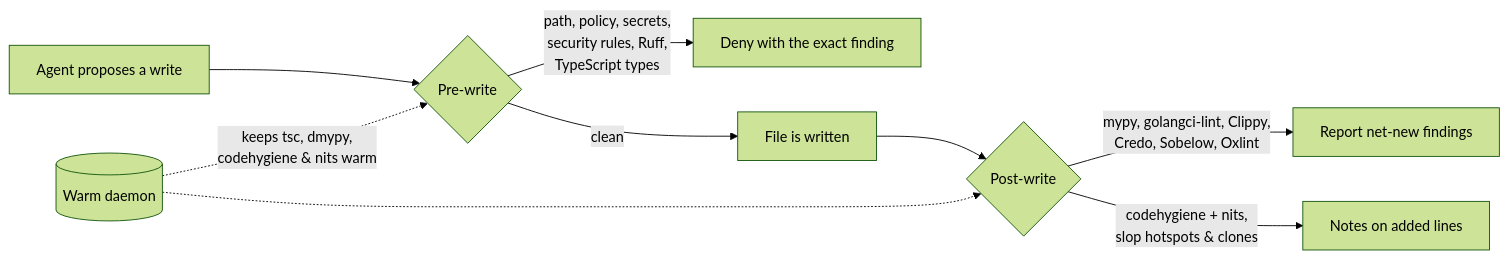
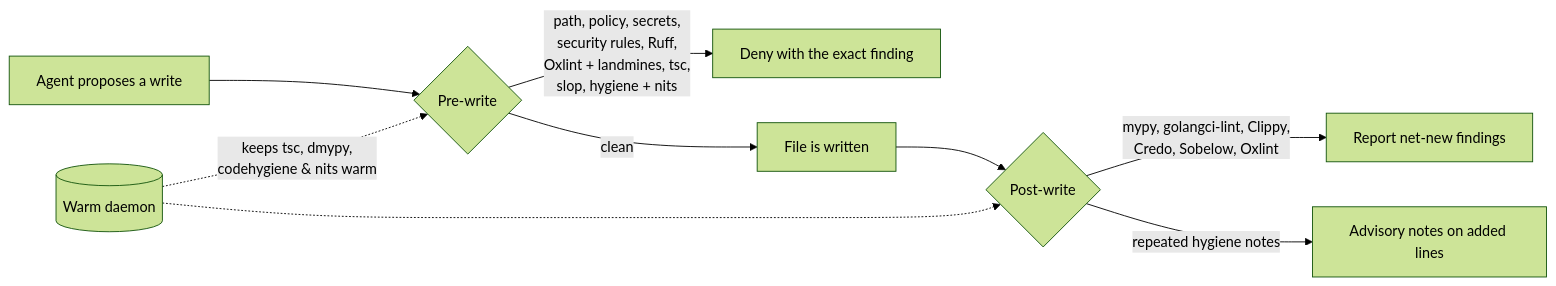
One commit to alfredosdpiii/loki changed the diagram in README.md. Above: the diagram before and after it, drawn with Mermaid (forest theme). The commit also changed other lines of this file, not shown here.

Commit message:
Update README for v0.2.7 and add SlopCodeBench results

````diff
--- a/README.md
+++ b/README.md
@@ -151,11 +199,11 @@
 ```mermaid
 flowchart LR
     A[Agent proposes a write] --> B{Pre-write}
-    B -->|path, policy, secrets,<br/>security rules, Ruff,<br/>TypeScript types| C[Deny with the exact finding]
+    B -->|path, policy, secrets,<br/>security rules, Ruff,<br/>Oxlint + landmines, tsc,<br/>slop, hygiene + nits| C[Deny with the exact finding]
     B -->|clean| D[File is written]
     D --> E{Post-write}
     E -->|mypy, golangci-lint, Clippy,<br/>Credo, Sobelow, Oxlint| F[Report net-new findings]
-    E -->|codehygiene + nits,<br/>slop hotspots & clones| G[Notes on added lines]
+    E -->|repeated hygiene notes| G[Advisory notes on added lines]
     H[(Warm daemon)] -. keeps tsc, dmypy,<br/>codehygiene & nits warm .-> B
     H -.-> E
 ```
````
